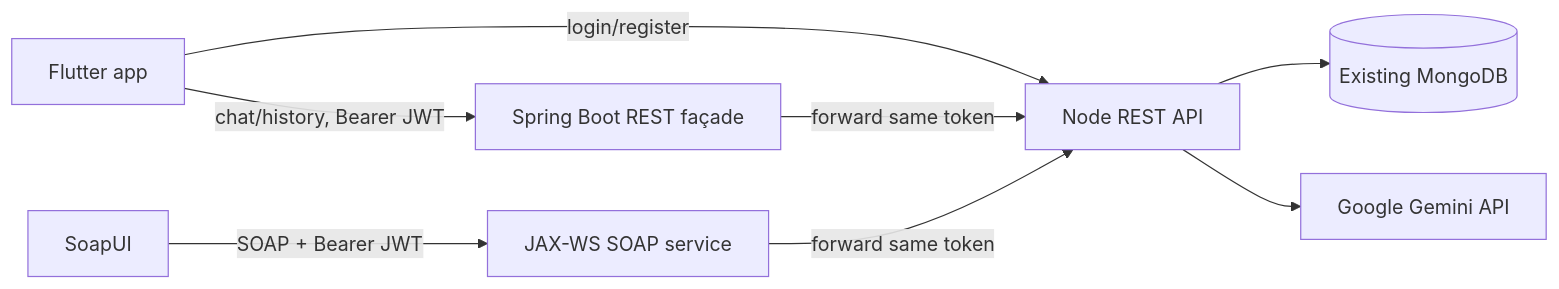
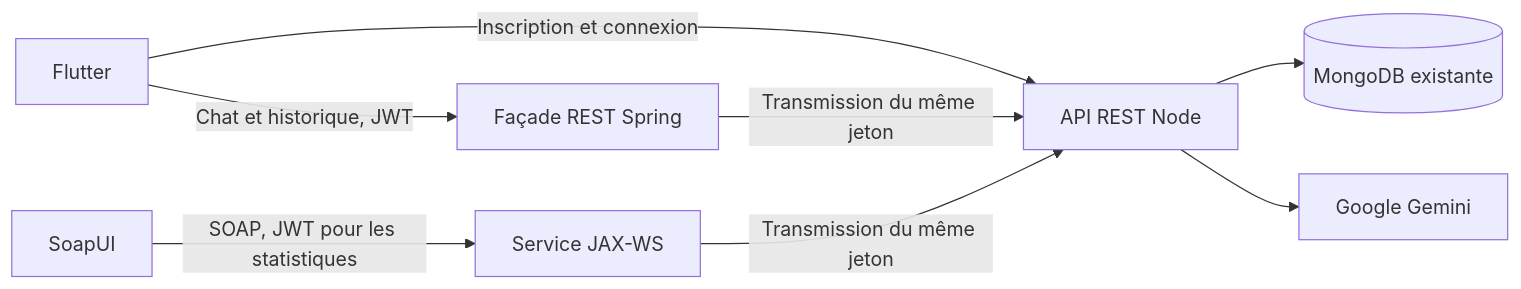
The diagram in docs/soa/README.md (wess4sec/E7KILI), drawn with Mermaid before and after one commit. The commit also changed other lines of this file and 20 other files, not shown here.

````diff
--- a/docs/soa/README.md
+++ b/docs/soa/README.md
@@ -9,10 +9,10 @@
 ```mermaid
 flowchart LR
-  Mobile[Flutter app] -->|login/register| Node[Node REST API]
-  Mobile -->|chat/history, Bearer JWT| Spring[Spring Boot REST façade]
-  Spring -->|forward same token| Node
-  SoapUI -->|SOAP + Bearer JWT| Metro[JAX-WS SOAP service]
-  Metro -->|forward same token| Node
-  Node --> Mongo[(Existing MongoDB)]
-  Node --> Gemini[Google Gemini API]
+  Flutter -->|Inscription et connexion| Node[API REST Node]
+  Flutter -->|Chat et historique, JWT| Spring[Façade REST Spring]
+  Spring -->|Transmission du même jeton| Node
+  SoapUI -->|SOAP, JWT pour les statistiques| Metro[Service JAX-WS]
+  Metro -->|Transmission du même jeton| Node
+  Node --> Mongo[(MongoDB existante)]
+  Node --> Gemini[Google Gemini]
 ```
````
